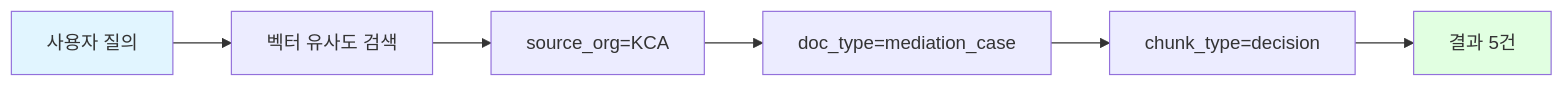
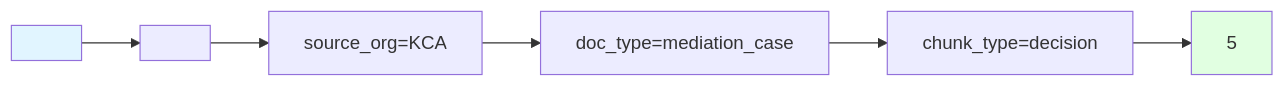
The third of 6 diagrams in docs/backend/database/스키마_설계_근거.md (SKN19-FINAL-5team/LLM), drawn with Mermaid before and after one commit. The commit also changed other lines of this file and 183 other files, not shown here.

````diff
--- a/docs/backend/database/스키마_설계_근거.md
+++ b/docs/backend/database/스키마_설계_근거.md
@@ -744,11 +744,11 @@
 ```mermaid
 graph LR
-    Query[사용자 질의] --> VectorSearch[벡터 유사도 검색]
+    Query[ ] --> VectorSearch[  ]
     VectorSearch --> Filter1[source_org=KCA]
     Filter1 --> Filter2[doc_type=mediation_case]
     Filter2 --> Filter3[chunk_type=decision]
-    Filter3 --> Result[결과 5건]
+    Filter3 --> Result[ 5]
     
     style Query fill:#e1f5ff
     style Result fill:#e1ffe1
 ```
````
